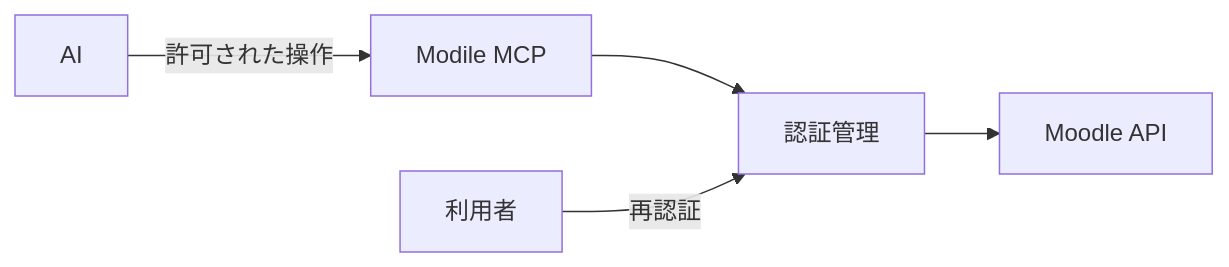
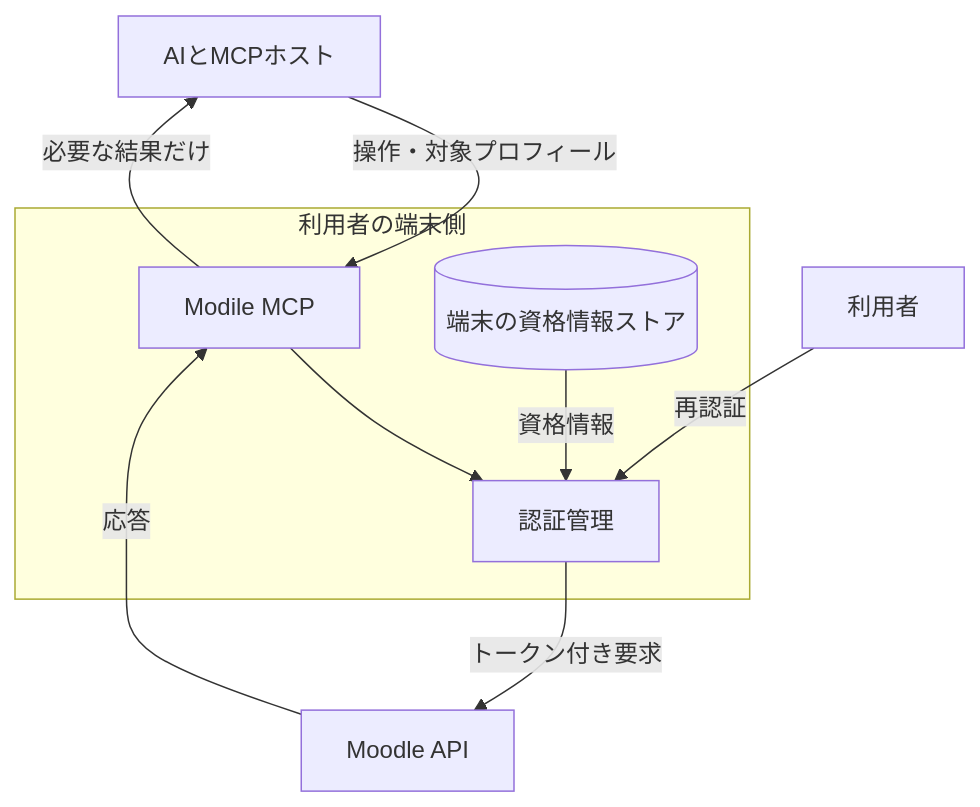
Before and after one commit to kurosiko/trail: the diagram in src/content/posts/Knowledge/modile-mcp-credential-boundary.md, drawn with Mermaid. The commit also changed other lines of this file and 67 other files, not shown here.

````diff
--- a/src/content/posts/Knowledge/modile-mcp-credential-boundary.md
+++ b/src/content/posts/Knowledge/modile-mcp-credential-boundary.md
@@ -21,7 +19,13 @@
 ```mermaid
-flowchart LR
-  AI[AI] -->|許可された操作| MCP[Modile MCP]
-  MCP --> Auth[認証管理]
+flowchart TD
+  accTitle: Modile MCPの信頼境界と資格情報の経路
+  AI[AIとMCPホスト] -->|操作・対象プロフィール| MCP
+  subgraph Local[利用者の端末側]
+    MCP[Modile MCP] --> Auth[認証管理]
+    Vault[(端末の資格情報ストア)] -->|資格情報| Auth
+  end
   Human[利用者] -->|再認証| Auth
-  Auth --> Moodle[Moodle API]
+  Auth -->|トークン付き要求| Moodle[Moodle API]
+  Moodle -->|応答| MCP
+  MCP -->|必要な結果だけ| AI
 ```
````
